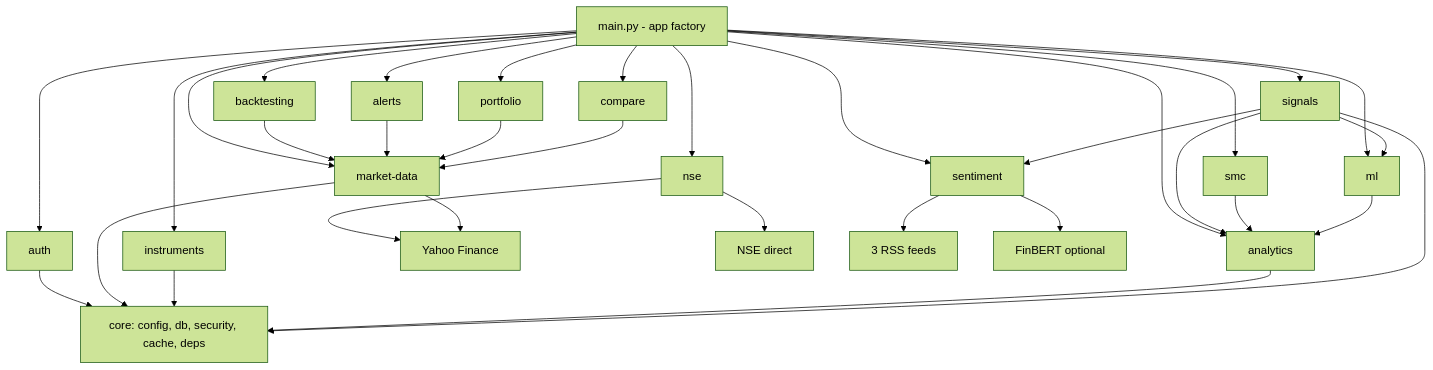
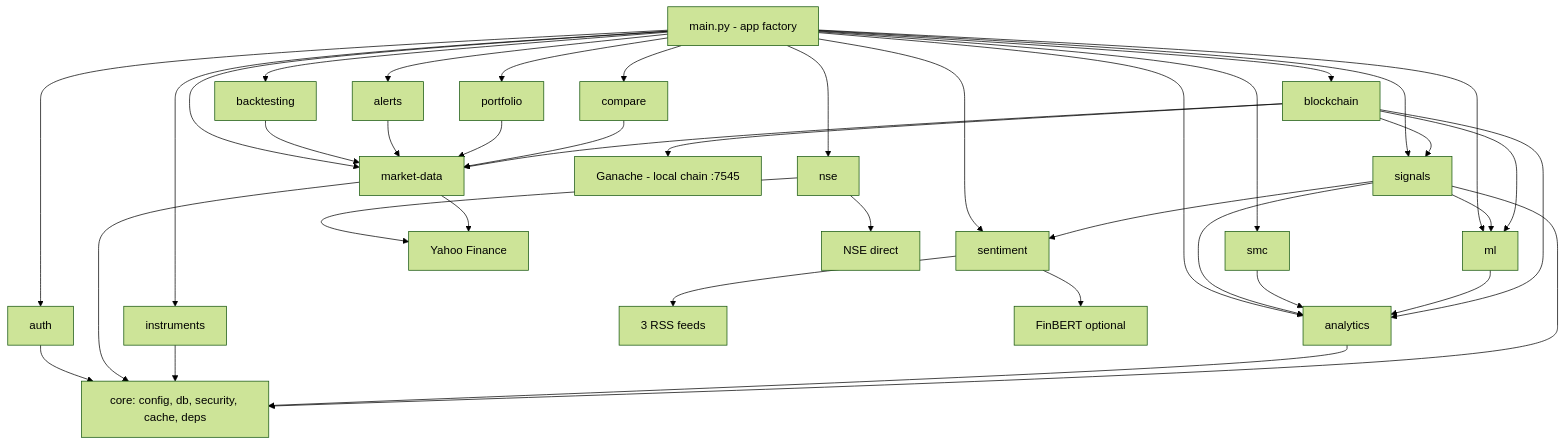
Before and after one commit to raunak-ray/StockView-India: the second of 5 diagrams in docs/architecture.md, drawn with Mermaid (forest theme). The commit also changed other lines of this file and 16 other files, not shown here.

````diff
--- a/docs/architecture.md
+++ b/docs/architecture.md
@@ -39,35 +43,41 @@
 ```mermaid
 flowchart TD
     Main[main.py - app factory] --> Auth[auth]
     Main --> MD[market-data]
     Main --> Inst[instruments]
     Main --> Ana[analytics]
     Main --> Sig[signals]
     Main --> SMC[smc]
     Main --> Sent[sentiment]
     Main --> ML[ml]
     Main --> BT[backtesting]
     Main --> Alerts[alerts]
     Main --> Port[portfolio]
     Main --> NSE[nse]
     Main --> Cmp[compare]
+    Main --> BC[blockchain]
     Auth --> Core[core: config, db, security, cache, deps]
     MD --> Core
     Inst --> Core
     Ana --> Core
     Sig --> Core
     Sig --> Ana
     Sig --> Sent
     Sig --> ML
     SMC --> Ana
     ML --> Ana
     BT --> MD
     Alerts --> MD
     Port --> MD
     Cmp --> MD
     NSE --> YF[Yahoo Finance]
     NSE --> NSE2[NSE direct]
     MD --> YF
     Sent --> RSS[3 RSS feeds]
     Sent --> FB[FinBERT optional]
+    BC --> MD
+    BC --> ML
+    BC --> Sig
+    BC --> Ana
+    BC --> Ganache[Ganache - local chain :7545]
 ```
````
